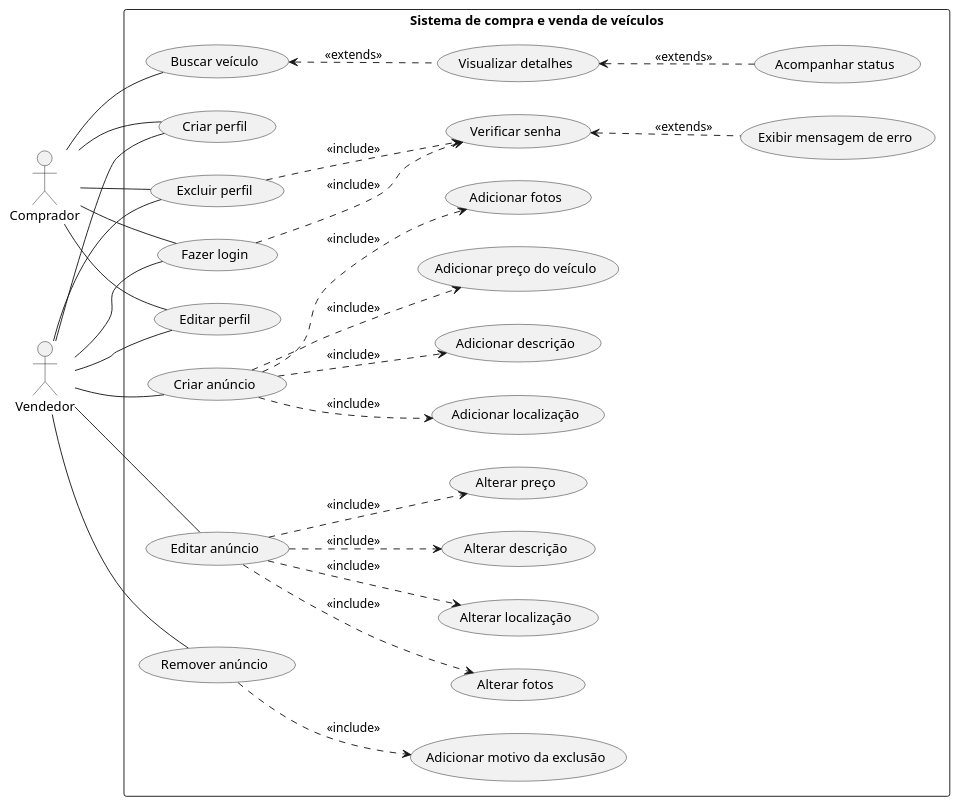
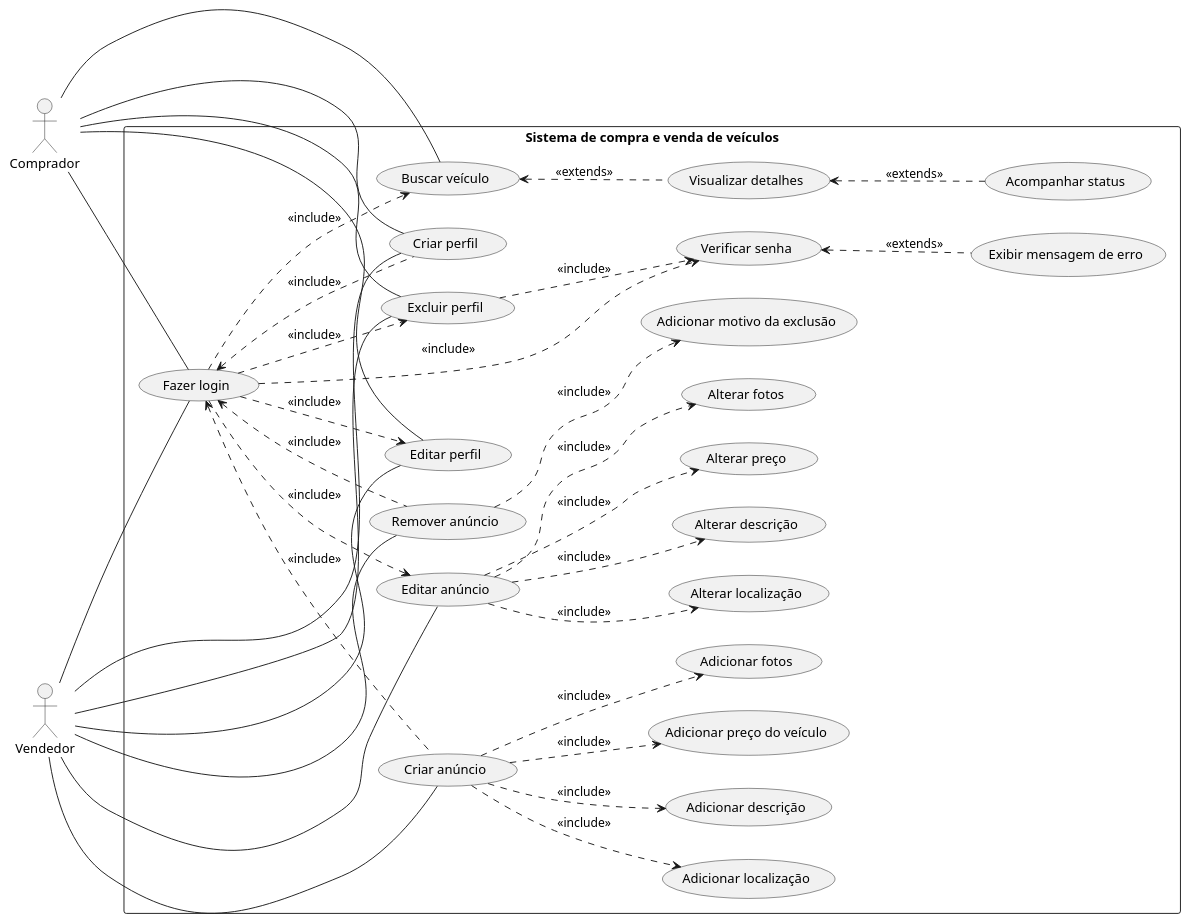
The diagram in uc_fluxo_sistema.md (guilhermeoliveirateo/sistema-compra-venda-veiculos), drawn with PlantUML before and after one commit.

````diff
--- a/uc_fluxo_sistema.md
+++ b/uc_fluxo_sistema.md
@@ -9,60 +9,69 @@
 ``` plantuml
 @startuml 
 
 left to right direction
 actor "Comprador" as comprador
 actor "Vendedor" as vendedor
 
 rectangle "Sistema de compra e venda de veículos"{
 usecase "Fazer login" as uc1
 usecase "Editar perfil" as uc2
 usecase "Criar anúncio" as uc3
 usecase "Editar anúncio" as uc4
 usecase "Remover anúncio" as uc5
 usecase "Buscar veículo" as uc6
 usecase "Verificar senha" as uc7
 usecase "Exibir mensagem de erro" as uc8
 usecase "Adicionar descrição" as uc9
 usecase "Adicionar preço do veículo" as uc10
 usecase "Alterar descrição" as uc11
 usecase "Alterar preço" as uc12
 usecase "Adicionar motivo da exclusão" as uc13
 usecase "Visualizar detalhes" as uc14
 usecase "Acompanhar status" as uc15
 usecase "Criar perfil" as uc16
 usecase "Adicionar fotos" as uc17
 usecase "Adicionar localização" as uc18
 usecase "Alterar fotos" as uc19
 usecase "Alterar localização" as uc20
 usecase "Excluir perfil" as uc21
 }
 
 vendedor -- uc16
 comprador -- uc16
 vendedor -- uc1
 comprador -- uc1
 uc1 ..> uc7 :<<include>>
 uc7 <.. uc8 :<<extends>>
+
+uc1 ..> uc2 :<<include>>
+uc1 <.. uc3 :<<include>>
+uc1 ..> uc4 :<<include>>
+uc1 <.. uc5 :<<include>>
+uc1 ..> uc6 :<<include>>
+uc1 <.. uc16 :<<include>>
+uc1 ..> uc21 :<<include>>
+
 vendedor -- uc2
 comprador -- uc2
 vendedor -- uc21
 comprador -- uc21
 uc21 ..> uc7 :<<include>>
 vendedor -- uc3
 uc3 ..> uc9 :<<include>>
 uc3 ..> uc10 :<<include>>
 uc3 ..> uc17 :<<include>>
 uc3 ..> uc18 :<<include>>
 vendedor -- uc4
 uc4 ..> uc11 :<<include>>
 uc4 ..> uc12 :<<include>>
 uc4 ..> uc19 :<<include>>
 uc4 ..> uc20 :<<include>>
 vendedor -- uc5
 uc5 ..> uc13 :<<include>>
 comprador -- uc6
 uc6 <.. uc14 :<<extends>>
 uc14 <.. uc15 :<<extends>>
  
 @enduml
 ```
````
